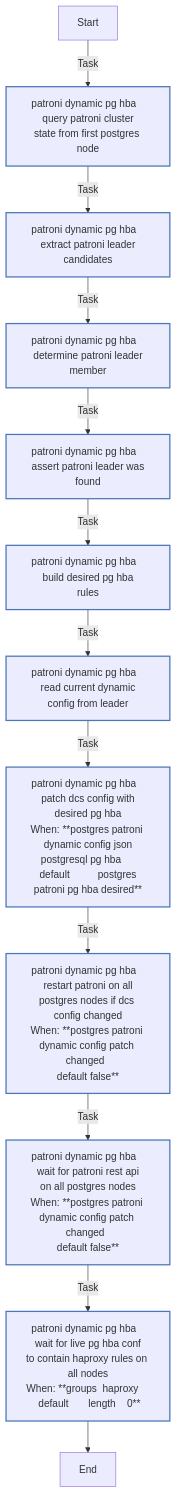
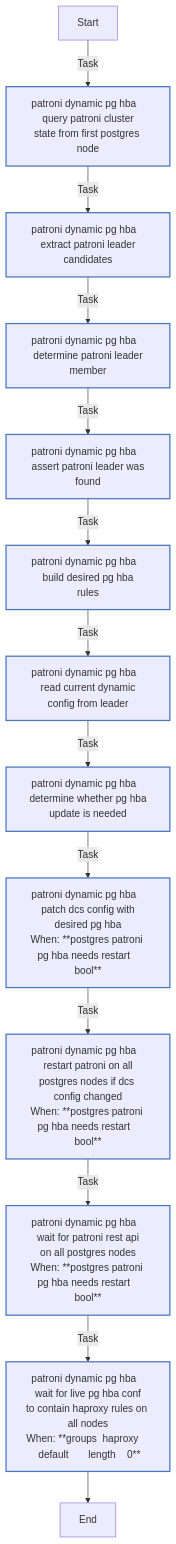
Before and after one commit to Lebowski89/homelab: the fourth of 10 diagrams in ansible/roles/postgres/README.md, drawn with Mermaid. The commit also changed other lines of this file and 5 other files, not shown here.

````diff
--- a/ansible/roles/postgres/README.md
+++ b/ansible/roles/postgres/README.md
@@ -308,24 +309,25 @@
 ```mermaid
 flowchart TD
 Start
 classDef block stroke:#3498db,stroke-width:2px;
 classDef task stroke:#4b76bb,stroke-width:2px;
 classDef includeTasks stroke:#16a085,stroke-width:2px;
 classDef importTasks stroke:#34495e,stroke-width:2px;
 classDef includeRole stroke:#2980b9,stroke-width:2px;
 classDef importRole stroke:#699ba7,stroke-width:2px;
 classDef includeVars stroke:#8e44ad,stroke-width:2px;
 classDef rescue stroke:#665352,stroke-width:2px;
 
   Start-->|Task| Patroni_dynamic_pg_hba___Query_Patroni_cluster_state_from_first_postgres_node0[patroni dynamic pg hba   query patroni cluster<br>state from first postgres node]:::task
   Patroni_dynamic_pg_hba___Query_Patroni_cluster_state_from_first_postgres_node0-->|Task| Patroni_dynamic_pg_hba___Extract_Patroni_leader_candidates1[patroni dynamic pg hba   extract patroni leader<br>candidates]:::task
   Patroni_dynamic_pg_hba___Extract_Patroni_leader_candidates1-->|Task| Patroni_dynamic_pg_hba___Determine_Patroni_leader_member2[patroni dynamic pg hba   determine patroni leader<br>member]:::task
   Patroni_dynamic_pg_hba___Determine_Patroni_leader_member2-->|Task| Patroni_dynamic_pg_hba___Assert_Patroni_leader_was_found3[patroni dynamic pg hba   assert patroni leader was<br>found]:::task
   Patroni_dynamic_pg_hba___Assert_Patroni_leader_was_found3-->|Task| Patroni_dynamic_pg_hba___Build_desired_pg_hba_rules4[patroni dynamic pg hba   build desired pg hba<br>rules]:::task
   Patroni_dynamic_pg_hba___Build_desired_pg_hba_rules4-->|Task| Patroni_dynamic_pg_hba___Read_current_dynamic_config_from_leader5[patroni dynamic pg hba   read current dynamic<br>config from leader]:::task
-  Patroni_dynamic_pg_hba___Read_current_dynamic_config_from_leader5-->|Task| Patroni_dynamic_pg_hba___Patch_DCS_config_with_desired_pg_hba6[patroni dynamic pg hba   patch dcs config with<br>desired pg hba<br>When: **postgres patroni dynamic config json<br>postgresql pg hba     default          postgres<br>patroni pg hba desired**]:::task
-  Patroni_dynamic_pg_hba___Patch_DCS_config_with_desired_pg_hba6-->|Task| Patroni_dynamic_pg_hba___Restart_patroni_on_all_postgres_nodes_if_DCS_config_changed7[patroni dynamic pg hba   restart patroni on all<br>postgres nodes if dcs config changed<br>When: **postgres patroni dynamic config patch changed  <br>default false**]:::task
-  Patroni_dynamic_pg_hba___Restart_patroni_on_all_postgres_nodes_if_DCS_config_changed7-->|Task| Patroni_dynamic_pg_hba___Wait_for_Patroni_REST_API_on_all_postgres_nodes8[patroni dynamic pg hba   wait for patroni rest api<br>on all postgres nodes<br>When: **postgres patroni dynamic config patch changed  <br>default false**]:::task
-  Patroni_dynamic_pg_hba___Wait_for_Patroni_REST_API_on_all_postgres_nodes8-->|Task| Patroni_dynamic_pg_hba___Wait_for_live_pg_hba_conf_to_contain_HAProxy_rules_on_all_nodes9[patroni dynamic pg hba   wait for live pg hba conf<br>to contain haproxy rules on all nodes<br>When: **groups  haproxy     default       length    0**]:::task
-  Patroni_dynamic_pg_hba___Wait_for_live_pg_hba_conf_to_contain_HAProxy_rules_on_all_nodes9-->End
+  Patroni_dynamic_pg_hba___Read_current_dynamic_config_from_leader5-->|Task| Patroni_dynamic_pg_hba___Determine_whether_pg_hba_update_is_needed6[patroni dynamic pg hba   determine whether pg hba<br>update is needed]:::task
+  Patroni_dynamic_pg_hba___Determine_whether_pg_hba_update_is_needed6-->|Task| Patroni_dynamic_pg_hba___Patch_DCS_config_with_desired_pg_hba7[patroni dynamic pg hba   patch dcs config with<br>desired pg hba<br>When: **postgres patroni pg hba needs restart   bool**]:::task
+  Patroni_dynamic_pg_hba___Patch_DCS_config_with_desired_pg_hba7-->|Task| Patroni_dynamic_pg_hba___Restart_patroni_on_all_postgres_nodes_if_DCS_config_changed8[patroni dynamic pg hba   restart patroni on all<br>postgres nodes if dcs config changed<br>When: **postgres patroni pg hba needs restart   bool**]:::task
+  Patroni_dynamic_pg_hba___Restart_patroni_on_all_postgres_nodes_if_DCS_config_changed8-->|Task| Patroni_dynamic_pg_hba___Wait_for_Patroni_REST_API_on_all_postgres_nodes9[patroni dynamic pg hba   wait for patroni rest api<br>on all postgres nodes<br>When: **postgres patroni pg hba needs restart   bool**]:::task
+  Patroni_dynamic_pg_hba___Wait_for_Patroni_REST_API_on_all_postgres_nodes9-->|Task| Patroni_dynamic_pg_hba___Wait_for_live_pg_hba_conf_to_contain_HAProxy_rules_on_all_nodes10[patroni dynamic pg hba   wait for live pg hba conf<br>to contain haproxy rules on all nodes<br>When: **groups  haproxy     default       length    0**]:::task
+  Patroni_dynamic_pg_hba___Wait_for_live_pg_hba_conf_to_contain_HAProxy_rules_on_all_nodes10-->End
 ```
````
